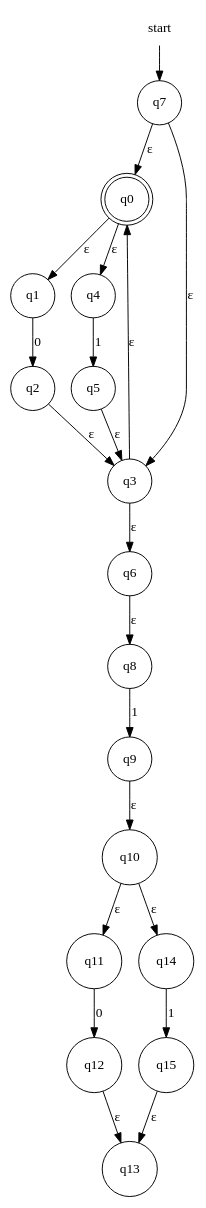
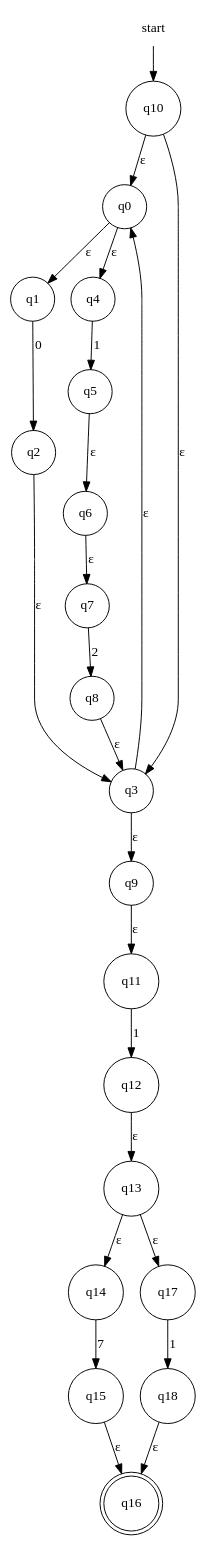
One commit to evertheylen/TA_TO changed the diagram in fase1/RE-eNFA/regex_1.dot. Above: the diagram before and after it, drawn with Graphviz. The commit also changed 9 other files, not shown here.

```diff
--- a/fase1/RE-eNFA/regex_1.dot
+++ b/fase1/RE-eNFA/regex_1.dot
@@ -1,25 +1,28 @@
 digraph automaton {
     node [shape=none]; start;
-    node [shape=doublecircle]; "q0";
+    node [shape=doublecircle]; "q16";
     node [shape=circle];
-    start -> "q7";
+    start -> "q10";
     "q0" -> "q1" [label="&epsilon;"];
     "q0" -> "q4" [label="&epsilon;"];
     "q1" -> "q2" [label="0"];
     "q2" -> "q3" [label="&epsilon;"];
     "q3" -> "q0" [label="&epsilon;"];
-    "q3" -> "q6" [label="&epsilon;"];
+    "q3" -> "q9" [label="&epsilon;"];
     "q4" -> "q5" [label="1"];
-    "q5" -> "q3" [label="&epsilon;"];
-    "q6" -> "q8" [label="&epsilon;"];
-    "q7" -> "q0" [label="&epsilon;"];
-    "q7" -> "q3" [label="&epsilon;"];
-    "q8" -> "q9" [label="1"];
-    "q9" -> "q10" [label="&epsilon;"];
-    "q10" -> "q11" [label="&epsilon;"];
-    "q10" -> "q14" [label="&epsilon;"];
-    "q11" -> "q12" [label="0"];
+    "q5" -> "q6" [label="&epsilon;"];
+    "q6" -> "q7" [label="&epsilon;"];
+    "q7" -> "q8" [label="2"];
+    "q8" -> "q3" [label="&epsilon;"];
+    "q9" -> "q11" [label="&epsilon;"];
+    "q10" -> "q0" [label="&epsilon;"];
+    "q10" -> "q3" [label="&epsilon;"];
+    "q11" -> "q12" [label="1"];
     "q12" -> "q13" [label="&epsilon;"];
-    "q14" -> "q15" [label="1"];
-    "q15" -> "q13" [label="&epsilon;"];
+    "q13" -> "q14" [label="&epsilon;"];
+    "q13" -> "q17" [label="&epsilon;"];
+    "q14" -> "q15" [label="7"];
+    "q15" -> "q16" [label="&epsilon;"];
+    "q17" -> "q18" [label="1"];
+    "q18" -> "q16" [label="&epsilon;"];
 }
```
